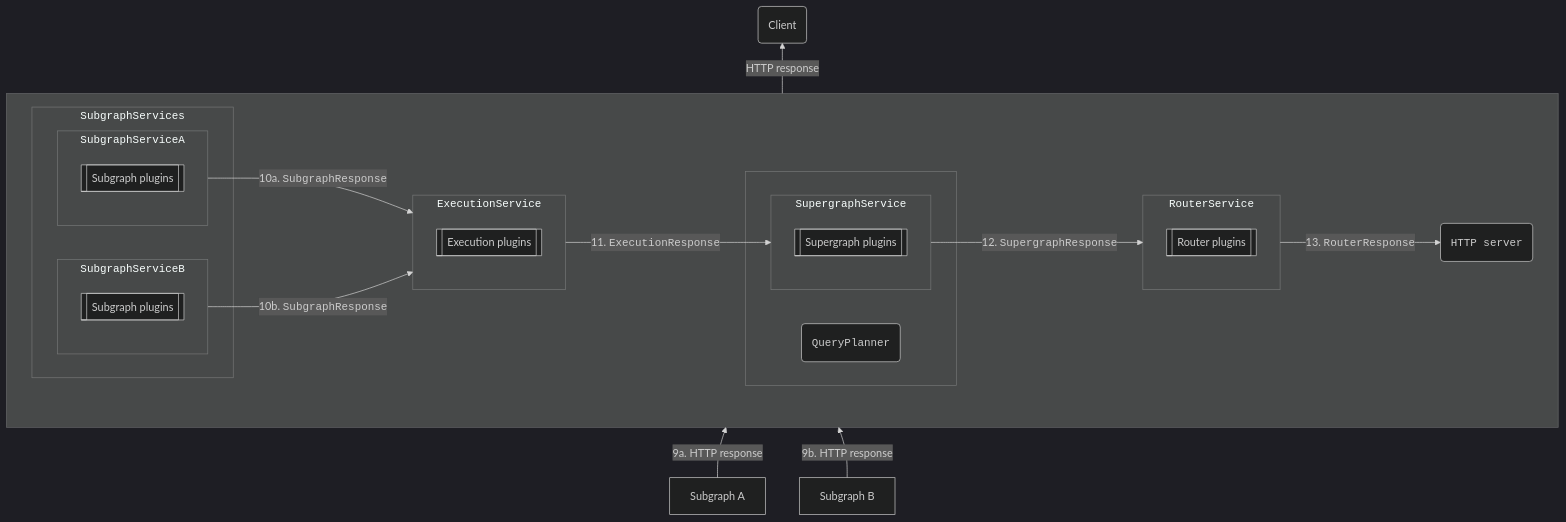
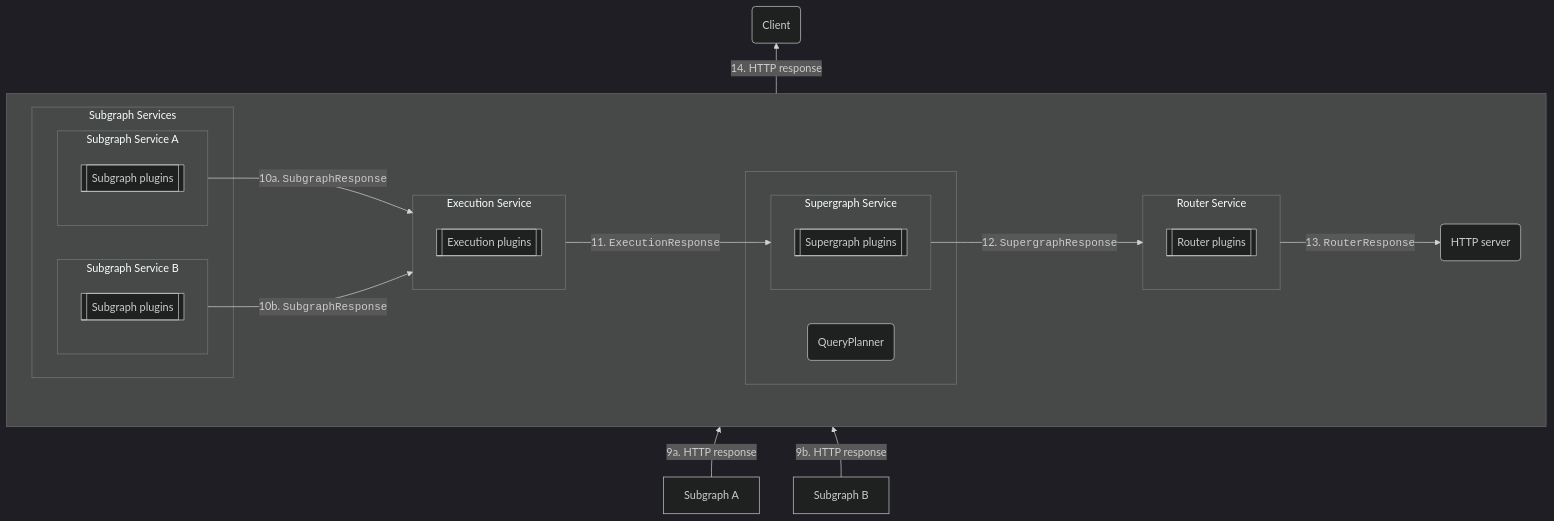
One commit to apollographql/router changed the fifth of 5 diagrams in docs/source/customizations/overview.mdx. Above: the diagram before and after it, drawn with Mermaid (dark theme). The commit also changed other lines of this file, not shown here.

````diff
--- a/docs/source/customizations/overview.mdx
+++ b/docs/source/customizations/overview.mdx
@@ -143,42 +156,42 @@
 ```mermaid
 flowchart BT;
     client(Client);
     subgraph " "
         direction LR
-        httpServer("<code>HTTP server</code>")
-        subgraph routerService["<code>RouterService</code><br/>"]
+        httpServer("HTTP server")
+        subgraph routerService["Router Service"]
             routerPlugins[[Router plugins]];
         end
         subgraph " "
-            subgraph supergraphService["<code>SupergraphService</code>"]
+            subgraph supergraphService["Supergraph Service"]
                 supergraphPlugins[[Supergraph plugins]];
             end
-            queryPlanner("<code>QueryPlanner</code>");
+            queryPlanner("QueryPlanner");
         end
         
         
-        subgraph executionService["<code>ExecutionService</code>"]
+        subgraph executionService["Execution Service"]
             executionPlugins[[Execution plugins]];
         end
 
-        subgraph subgraphService["<code>SubgraphServices</code>"]
-            subgraph service1["<code>SubgraphServiceA</code>"]
+        subgraph subgraphService["Subgraph Services"]
+            subgraph service1["Subgraph Service A"]
             subgraphPlugins1[[Subgraph plugins]];
             end
-            subgraph service2["<code>SubgraphServiceB</code>"]
+            subgraph service2["Subgraph Service B"]
             subgraphPlugins2[[Subgraph plugins]];
             end            
         end
     end;
 subgraph1[Subgraph A];
 subgraph2[Subgraph B];
 
 subgraph1 -- "9a. HTTP response"--> service1;
 subgraph2 -- "9b. HTTP response"--> service2;
 service1 --"10a. <code>SubgraphResponse</code>"--> executionService;
 service2 --"10b. <code>SubgraphResponse</code>"--> executionService;
 executionService --"11. <code>ExecutionResponse</code>"--> supergraphService;
 supergraphService --"12. <code>SupergraphResponse</code>"--> routerService;
 routerService --"13. <code>RouterResponse</code>"--> httpServer;
-httpServer --"HTTP response" --> client
+httpServer --"14. HTTP response" --> client
 ```
````
